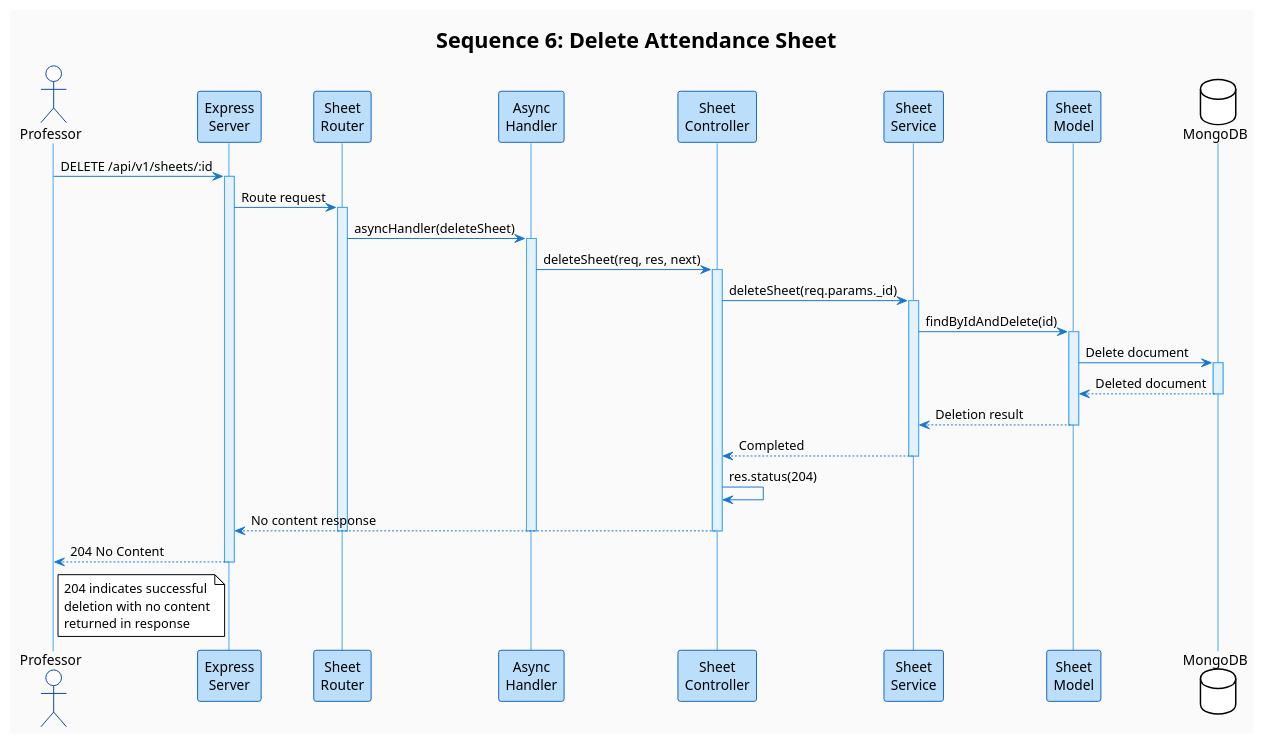
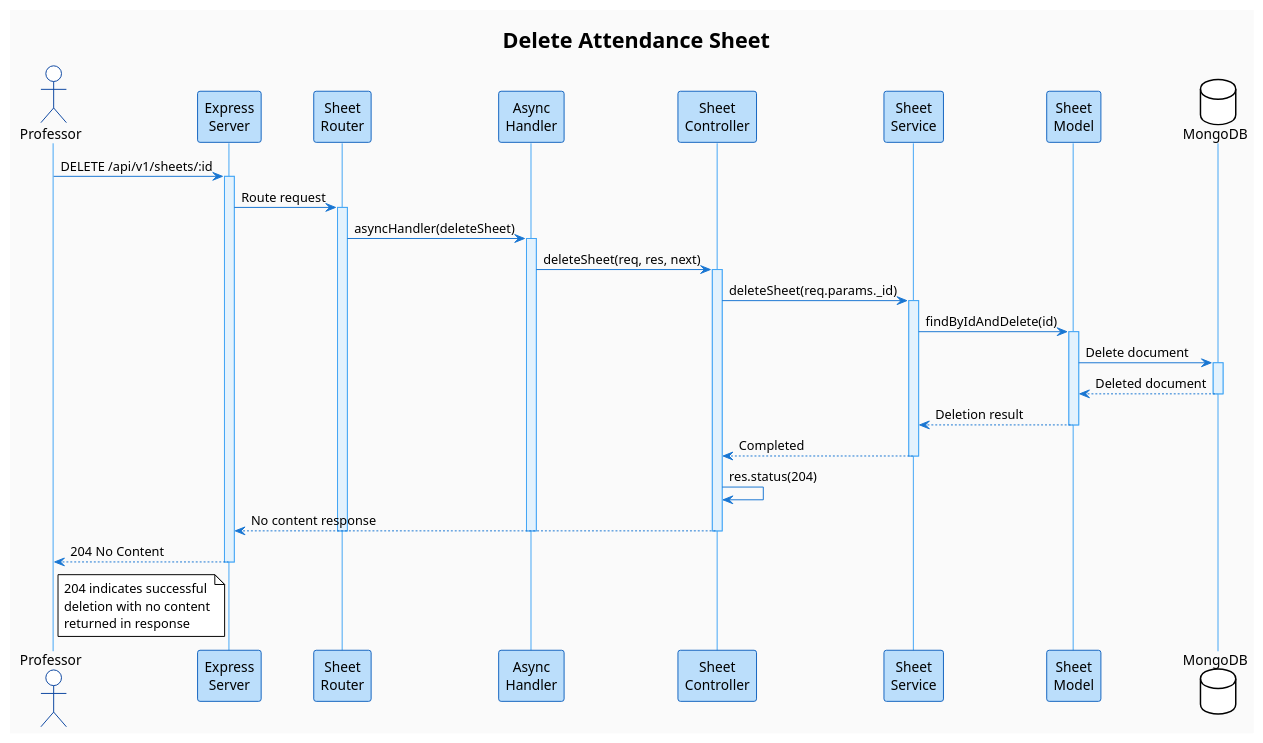
Before and after one commit to AvinaashGhansam/student-auth-api: the diagram in src/design/delete-sheet.puml, drawn with PlantUML. The commit also changed 7 other files, not shown here.

```diff
--- a/src/design/delete-sheet.puml
+++ b/src/design/delete-sheet.puml
@@ -1,68 +1,68 @@
 @startuml Delete_Sheet_Flow
 !theme plain
 skinparam backgroundColor #FAFAFA
 skinparam sequence {
     ArrowColor #1976D2
     ActorBorderColor #0D47A1
     LifeLineBorderColor #42A5F5
     LifeLineBackgroundColor #E3F2FD
     ParticipantBorderColor #1565C0
     ParticipantBackgroundColor #BBDEFB
 }
 
-title Sequence 6: Delete Attendance Sheet
+title Delete Attendance Sheet
 
 actor Professor
 participant "Express\nServer" as Express
 participant "Sheet\nRouter" as Router
 participant "Async\nHandler" as Async
 participant "Sheet\nController" as Controller
 participant "Sheet\nService" as Service
 participant "Sheet\nModel" as Model
 database MongoDB
 
 Professor -> Express: DELETE /api/v1/sheets/:id
 activate Express
 
 Express -> Router: Route request
 activate Router
 
 Router -> Async: asyncHandler(deleteSheet)
 activate Async
 
 Async -> Controller: deleteSheet(req, res, next)
 activate Controller
 
 Controller -> Service: deleteSheet(req.params._id)
 activate Service
 
 Service -> Model: findByIdAndDelete(id)
 activate Model
 
 Model -> MongoDB: Delete document
 activate MongoDB
 MongoDB --> Model: Deleted document
 deactivate MongoDB
 
 Model --> Service: Deletion result
 deactivate Model
 
 Service --> Controller: Completed
 deactivate Service
 
 Controller -> Controller: res.status(204)
 Controller --> Express: No content response
 deactivate Controller
 deactivate Async
 deactivate Router
 
 Express --> Professor: 204 No Content
 deactivate Express
 
 note right of Professor
     204 indicates successful
     deletion with no content
     returned in response
 end note
 
 @enduml
```
